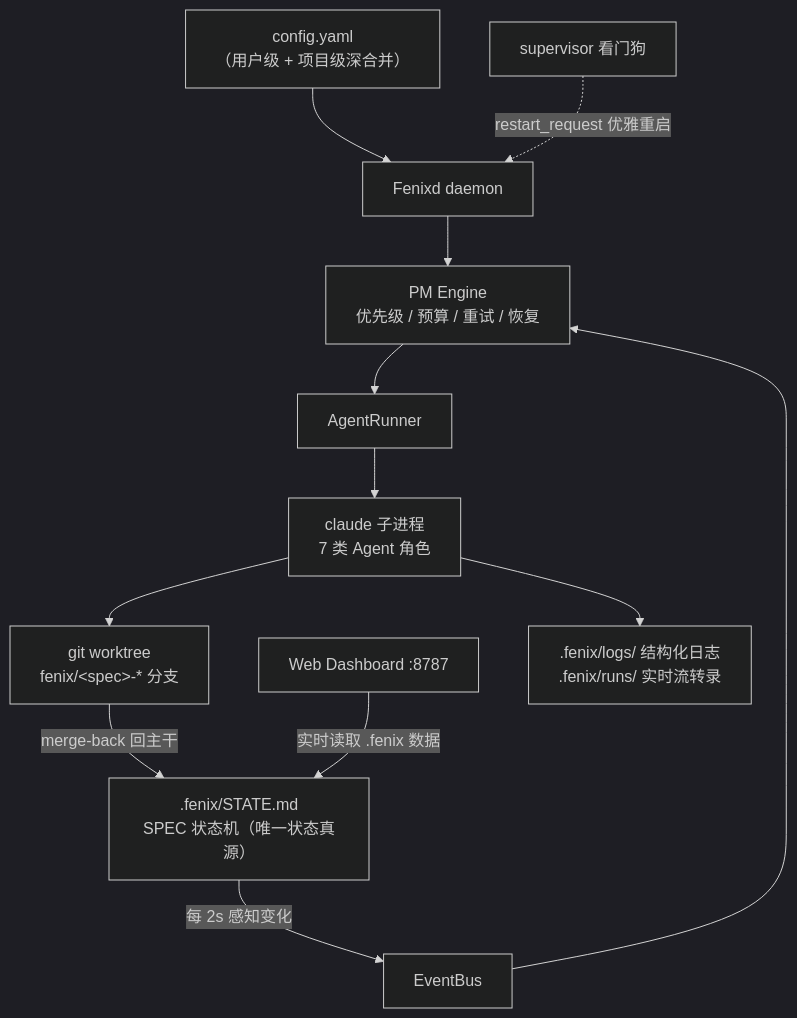
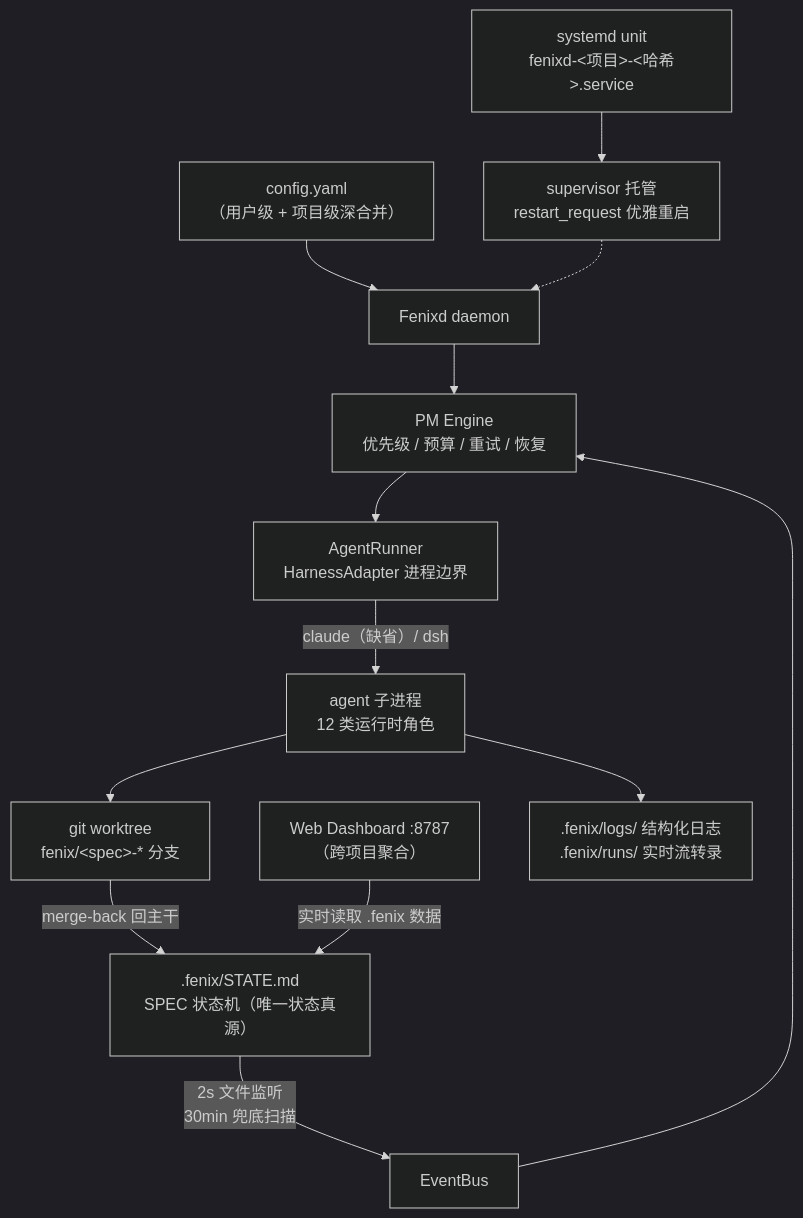
The first of 3 diagrams in README.md (fenixsoft/fenixd), drawn with Mermaid (dark theme) before and after one commit. The commit also changed other lines of this file and 36 other files, not shown here.

````diff
--- a/README.md
+++ b/README.md
@@ -43,14 +48,15 @@
 ```mermaid
 flowchart TD
     CFG["config.yaml<br/>（用户级 + 项目级深合并）"] --> DAEMON["Fenixd daemon"]
-    STATE[".fenix/STATE.md<br/>SPEC 状态机（唯一状态真源）"] -->|"每 2s 感知变化"| BUS["EventBus"]
+    STATE[".fenix/STATE.md<br/>SPEC 状态机（唯一状态真源）"] -->|"2s 文件监听<br/>30min 兜底扫描"| BUS["EventBus"]
     BUS --> PM["PM Engine<br/>优先级 / 预算 / 重试 / 恢复"]
     DAEMON --> PM
-    PM --> AR["AgentRunner"]
-    AR --> AG["claude 子进程<br/>7 类 Agent 角色"]
+    PM --> AR["AgentRunner<br/>HarnessAdapter 进程边界"]
+    AR -->|"claude（缺省）/ dsh"| AG["agent 子进程<br/>12 类运行时角色"]
     AG --> WT["git worktree<br/>fenix/&lt;spec&gt;-* 分支"]
     WT -->|"merge-back 回主干"| STATE
-    SUP["supervisor 看门狗"] -.->|"restart_request 优雅重启"| DAEMON
-    DASH["Web Dashboard :8787"] -->|"实时读取 .fenix 数据"| STATE
+    SYS["systemd unit<br/>fenixd-&lt;项目&gt;-&lt;哈希&gt;.service"] --> SUP["supervisor 托管<br/>restart_request 优雅重启"]
+    SUP -.-> DAEMON
+    DASH["Web Dashboard :8787<br/>（跨项目聚合）"] -->|"实时读取 .fenix 数据"| STATE
     AG --> LOG[".fenix/logs/ 结构化日志<br/>.fenix/runs/ 实时流转录"]
 ```
````
